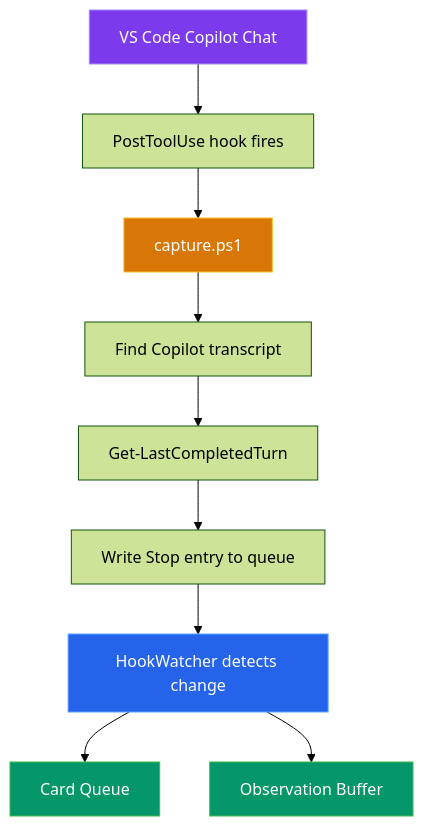
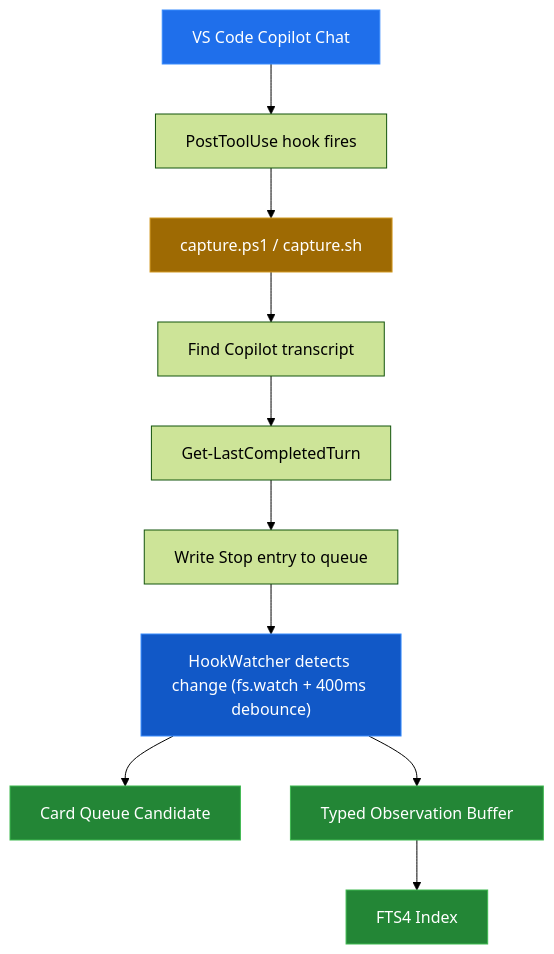
The fifth of 5 diagrams in docs/architecture/overview.md (GittyHarsha/ContextManager), drawn with Mermaid (forest theme) before and after one commit. The commit also changed other lines of this file and 86 other files, not shown here.

```diff
--- a/docs/architecture/overview.md
+++ b/docs/architecture/overview.md
@@ -224,17 +249,19 @@
 <pre class="mermaid">
 graph TD
     A[VS Code Copilot Chat] --> B[PostToolUse hook fires]
-    B --> C[capture.ps1]
+    B --> C[capture.ps1 / capture.sh]
     C --> D[Find Copilot transcript]
     D --> E[Get-LastCompletedTurn]
     E --> F[Write Stop entry to queue]
-    F --> G[HookWatcher detects change]
-    G --> H[Card Queue]
-    G --> I[Observation Buffer]
+    F --> G["HookWatcher detects change (fs.watch + 400ms debounce)"]
+    G --> H[Card Queue Candidate]
+    G --> I[Typed Observation Buffer]
+    I --> J[FTS4 Index]
 
-    style A fill:#7c3aed,stroke:#a78bfa,color:#fff
-    style C fill:#d97706,stroke:#fbbf24,color:#fff
-    style G fill:#2563eb,stroke:#58a6ff,color:#fff
-    style H fill:#059669,stroke:#3fb950,color:#fff
-    style I fill:#059669,stroke:#3fb950,color:#fff
+    style A fill:#1f6feb,stroke:#388bfd,color:#fff
+    style C fill:#9e6a03,stroke:#d29922,color:#fff
+    style G fill:#1158c7,stroke:#388bfd,color:#fff
+    style H fill:#238636,stroke:#3fb950,color:#fff
+    style I fill:#238636,stroke:#3fb950,color:#fff
+    style J fill:#238636,stroke:#3fb950,color:#fff
 </pre>
```
